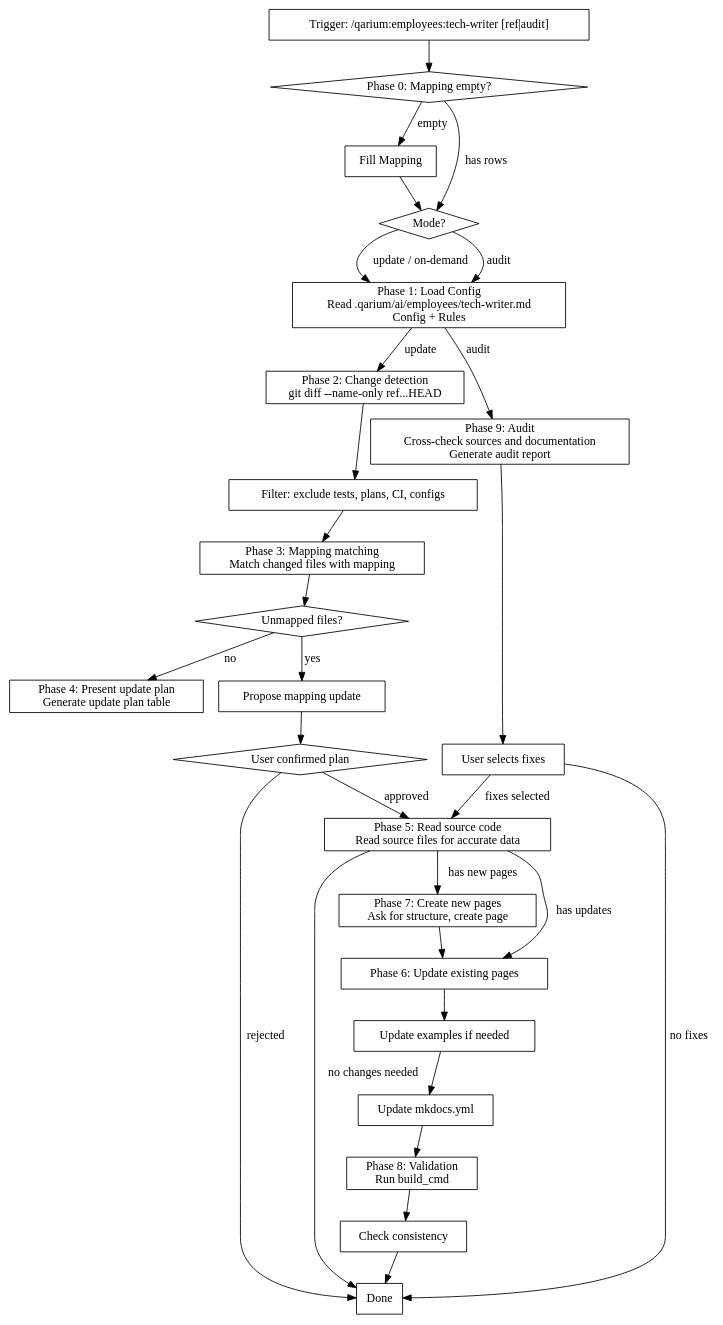
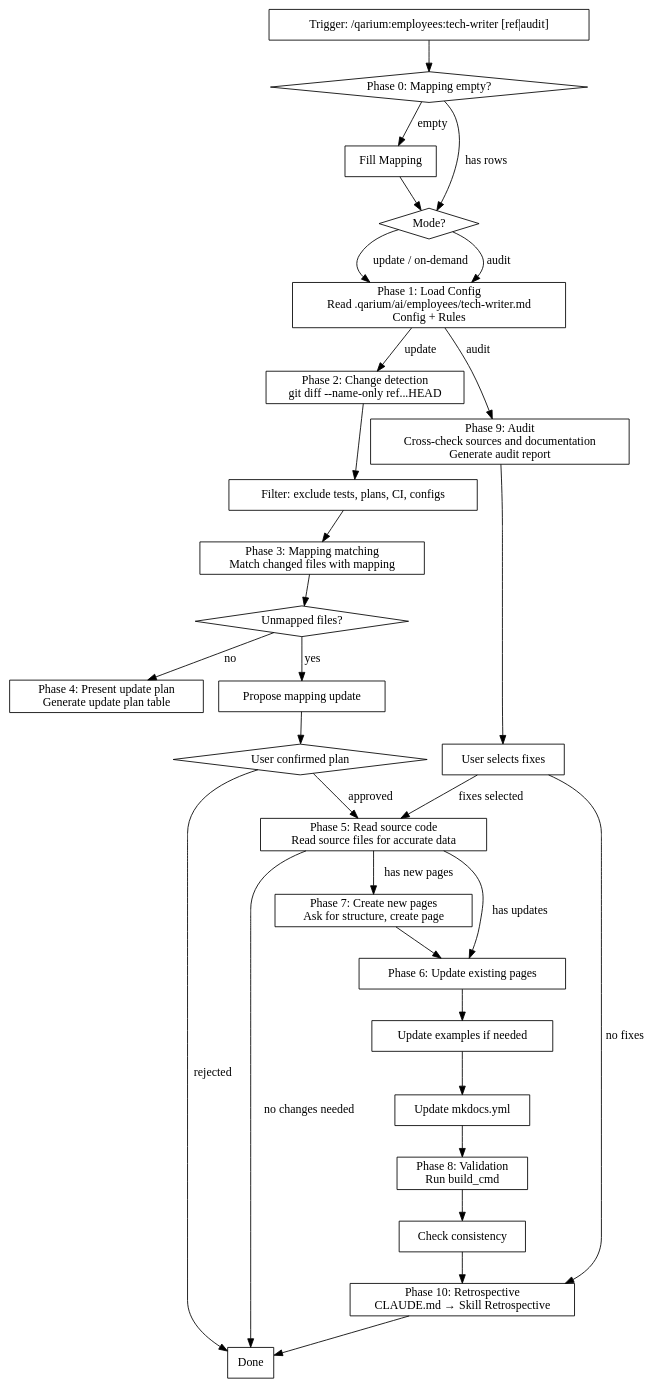
One commit to qarium/ai-python changed the diagram in skills/employees-tech-writer-feature/SKILL.md. Above: the diagram before and after it, drawn with Graphviz. The commit also changed other lines of this file and 8 other files, not shown here.

````diff
--- a/skills/employees-tech-writer-feature/SKILL.md
+++ b/skills/employees-tech-writer-feature/SKILL.md
@@ -24,54 +24,56 @@
 ```dot
 digraph doc_skill {
     rankdir=TB;
     start [label="Trigger: /qarium:employees:tech-writer [ref|audit]" shape=box];
     mapping_check [label="Phase 0: Mapping empty?" shape=diamond];
     fill_mapping [label="Fill Mapping" shape=box];
     mode [label="Mode?" shape=diamond];
     config [label="Phase 1: Load Config\nRead .qarium/ai/employees/tech-writer.md\nConfig + Rules" shape=box];
     diff [label="Phase 2: Change detection\ngit diff --name-only ref...HEAD" shape=box];
     filter [label="Filter: exclude tests, plans, CI, configs" shape=box];
     map [label="Phase 3: Mapping matching\nMatch changed files with mapping" shape=box];
     unmapped [label="Unmapped files?" shape=diamond];
     propose [label="Propose mapping update" shape=box];
     plan [label="Phase 4: Present update plan\nGenerate update plan table" shape=box];
     confirm [label="User confirmed plan" shape=diamond];
     audit [label="Phase 9: Audit\nCross-check sources and documentation\nGenerate audit report" shape=box];
     audit_fix [label="User selects fixes" shape=box];
     read_src [label="Phase 5: Read source code\nRead source files for accurate data" shape=box];
     new_page [label="Phase 7: Create new pages\nAsk for structure, create page" shape=box];
     update [label="Phase 6: Update existing pages" shape=box];
     examples [label="Update examples if needed" shape=box];
     nav [label="Update mkdocs.yml" shape=box];
     build [label="Phase 8: Validation\nRun build_cmd" shape=box];
     review [label="Check consistency" shape=box];
     done [label="Done" shape=box];
+    retro [label="Phase 10: Retrospective\nCLAUDE.md → Skill Retrospective" shape=box];
 
     start -> mapping_check;
     mapping_check -> fill_mapping [label="empty"];
     mapping_check -> mode [label="has rows"];
     fill_mapping -> mode;
     mode -> config [label="update / on-demand"];
     mode -> config [label="audit"];
     config -> diff [label="update"];
     config -> audit [label="audit"];
     diff -> filter -> map -> unmapped;
     unmapped -> propose [label="yes"];
     propose -> confirm;
     unmapped -> plan [label="no"];
     confirm -> read_src [label="approved"];
     confirm -> done [label="rejected"];
     audit -> audit_fix;
     audit_fix -> read_src [label="fixes selected"];
-    audit_fix -> done [label="no fixes"];
+    audit_fix -> retro [label="no fixes"];
     read_src -> new_page [label="has new pages"];
     read_src -> update [label="has updates"];
     read_src -> done [label="no changes needed"];
     new_page -> update;
     update -> examples;
     examples -> nav;
     nav -> build;
     build -> review;
-    review -> done;
+    review -> retro;
+    retro -> done;
 }
 ```
````
